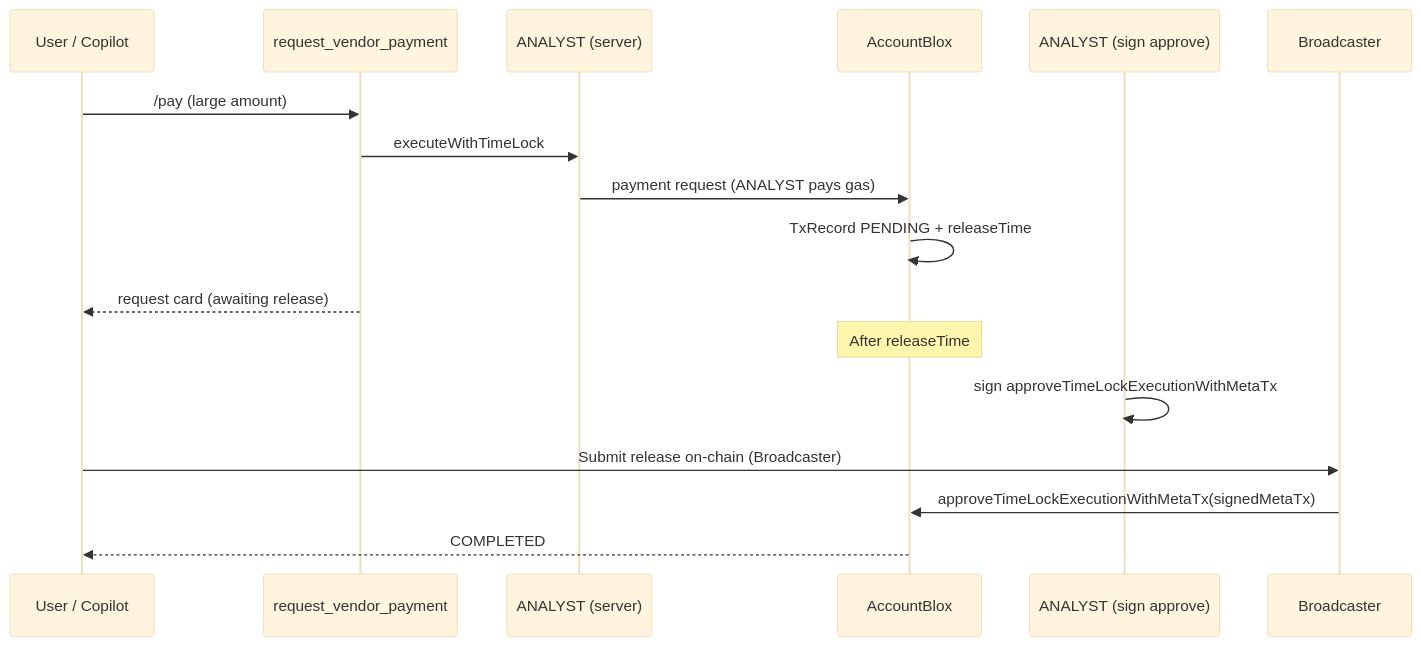
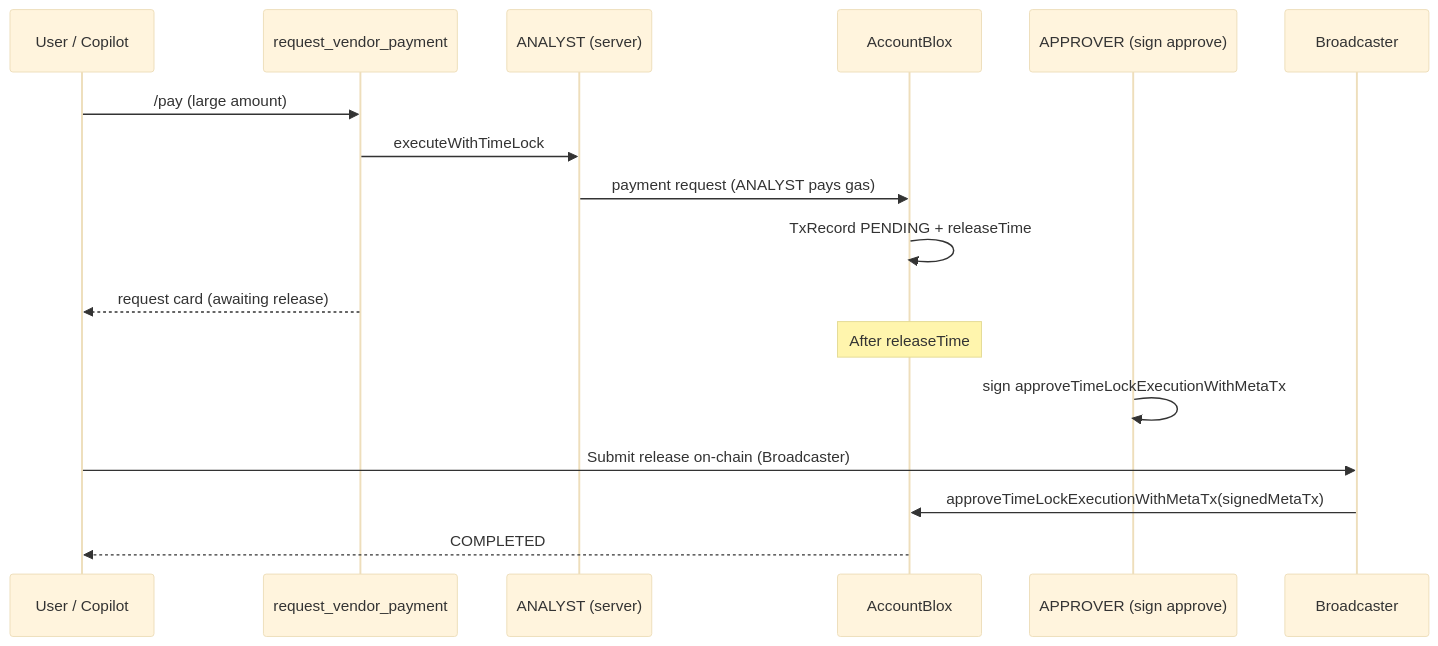
One commit to PracticalParticle/AgentBlox changed the fourth of 4 diagrams in docs/on-chain-execution-flow.md. Above: the diagram before and after it, drawn with Mermaid (base theme). The commit also changed other lines of this file and 29 other files, not shown here.

````diff
--- a/docs/on-chain-execution-flow.md
+++ b/docs/on-chain-execution-flow.md
@@ -132,20 +132,20 @@
 ```mermaid
 sequenceDiagram
     participant User as User / Copilot
     participant Tool as request_vendor_payment
     participant Analyst as ANALYST (server)
     participant AB as AccountBlox
-    participant Approver as ANALYST (sign approve)
+    participant Approver as APPROVER (sign approve)
     participant BC as Broadcaster
 
     User->>Tool: /pay (large amount)
     Tool->>Analyst: executeWithTimeLock
     Analyst->>AB: payment request (ANALYST pays gas)
     AB->>AB: TxRecord PENDING + releaseTime
     Tool-->>User: request card (awaiting release)
     Note over AB: After releaseTime
     Approver->>Approver: sign approveTimeLockExecutionWithMetaTx
     User->>BC: Submit release on-chain (Broadcaster)
     BC->>AB: approveTimeLockExecutionWithMetaTx(signedMetaTx)
     AB-->>User: COMPLETED
 ```
````
